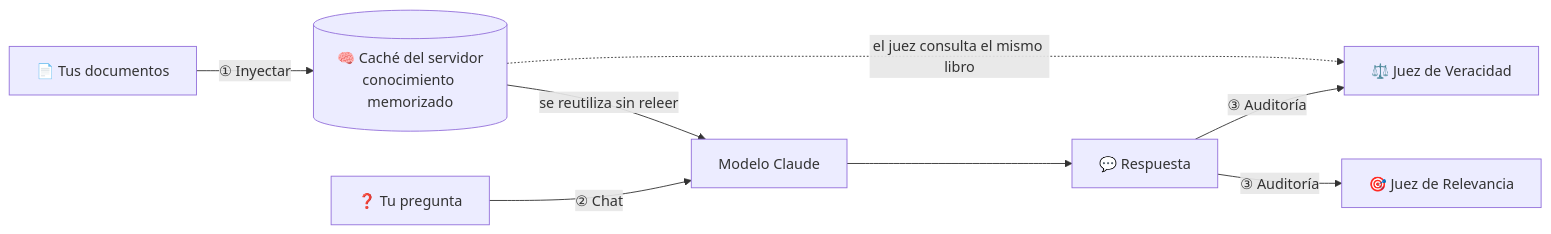
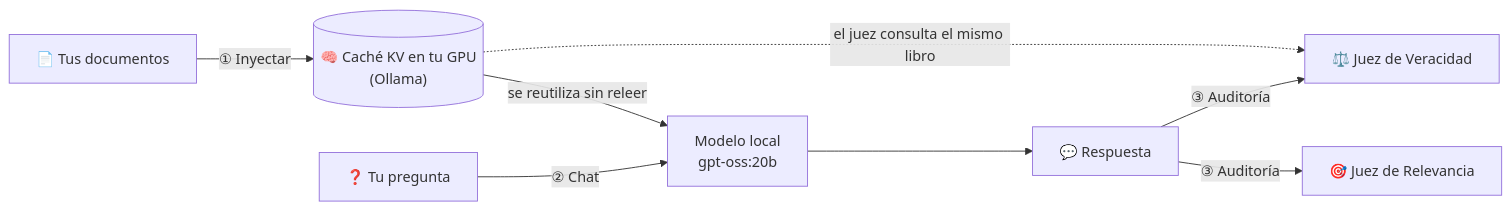
The diagram in README.md (MGranados64/CAG-educativo), drawn with Mermaid before and after one commit. The commit also changed other lines of this file and 7 other files, not shown here.

First line of the commit message:
feat: migrate to local Ollama models and add theory section

````diff
--- a/README.md
+++ b/README.md
@@ -33,10 +40,10 @@
 ```mermaid
 flowchart LR
-    A["📄 Tus documentos"] -->|"① Inyectar"| B[("🧠 Caché del servidor<br/>conocimiento memorizado")]
-    C["❓ Tu pregunta"] -->|"② Chat"| D["Modelo Claude"]
+    A["📄 Tus documentos"] -->|"① Inyectar"| B[("🧠 Caché KV en tu GPU<br/>(Ollama)")]
+    C["❓ Tu pregunta"] -->|"② Chat"| D["Modelo local<br/>gpt-oss:20b"]
     B -->|"se reutiliza sin releer"| D
     D --> E["💬 Respuesta"]
     E -->|"③ Auditoría"| F["⚖️ Juez de Veracidad"]
     E -->|"③ Auditoría"| G["🎯 Juez de Relevancia"]
     B -.->|"el juez consulta el mismo libro"| F
 ```
````
